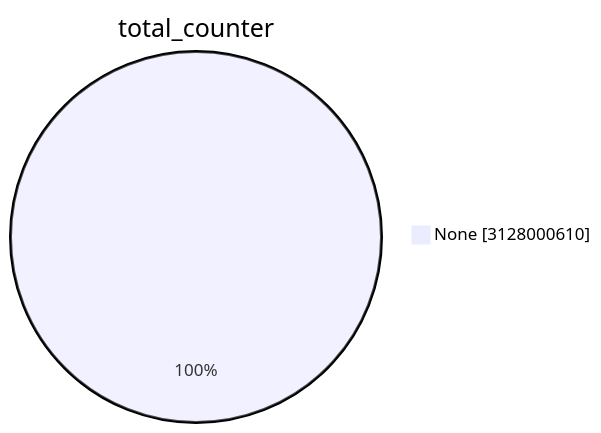
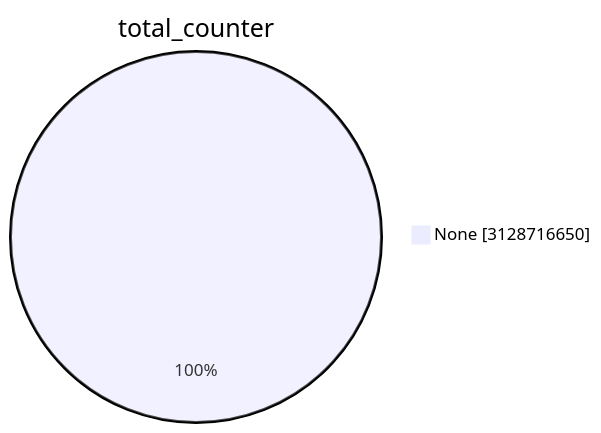
Before and after one commit to christiankrug/ctmonitor_visualization: the first of 15 diagrams in TOTAL/README.md, drawn with Mermaid. The commit also changed other lines of this file, not shown here.

````diff
--- a/TOTAL/README.md
+++ b/TOTAL/README.md
@@ -1,5 +1,5 @@
 ```mermaid
 pie showData
 title total_counter
-"None" :3128000610
+"None" :3128716650
 ```
````
